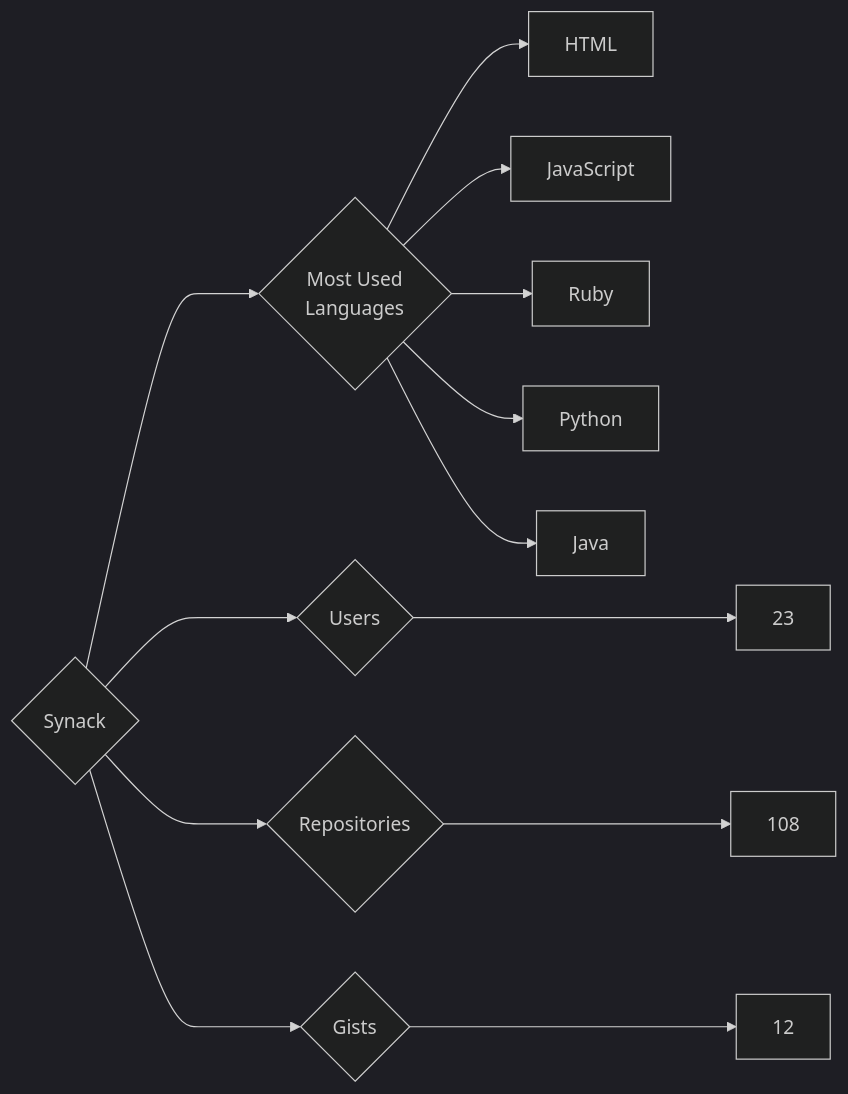
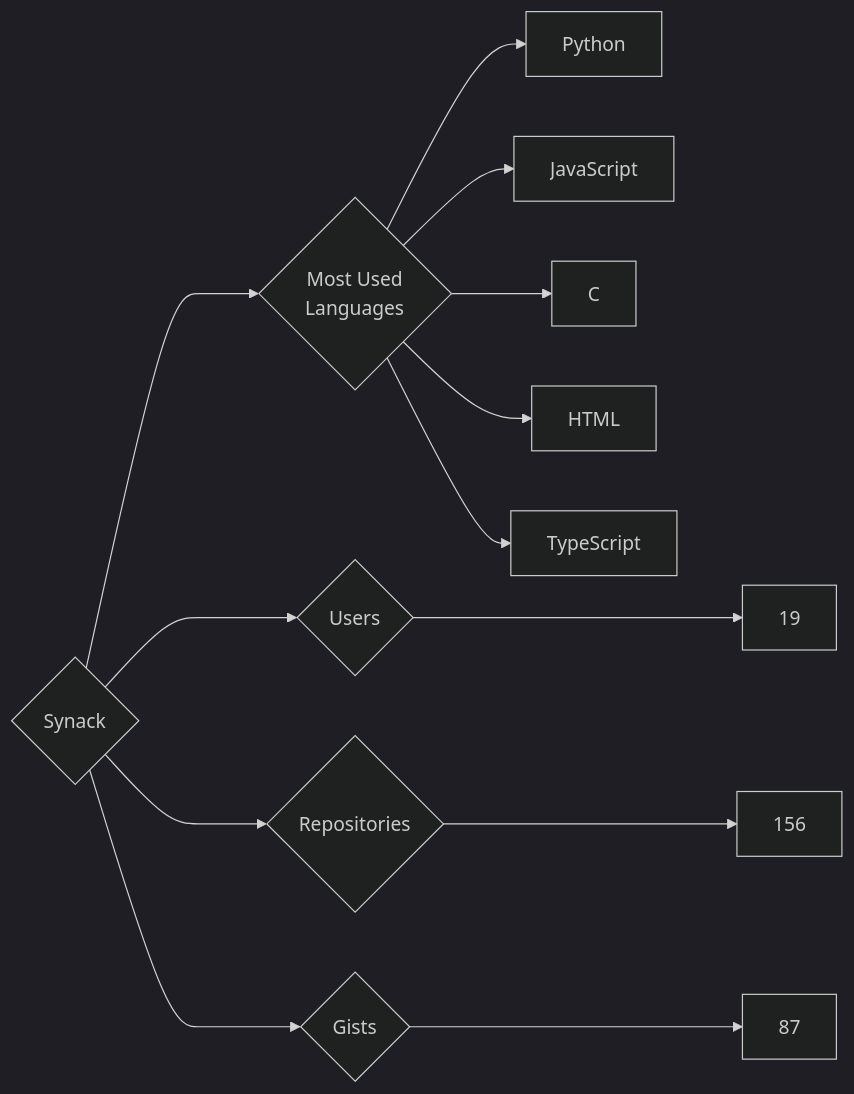
One commit to trickest/insiders changed the diagram in targets/Synack/README.md. Above: the diagram before and after it, drawn with Mermaid (dark theme). The commit also changed 787 other files, not shown here.

````diff
--- a/targets/Synack/README.md
+++ b/targets/Synack/README.md
@@ -3,13 +3,13 @@
 ```mermaid
 graph LR
 COMPANY_NAME{Synack}
-COMPANY_NAME ---> U{Users} ---> UN[23]
-COMPANY_NAME ---> R{Repositories} ---> RN[108]
-COMPANY_NAME ---> G{Gists} ---> GN[12]
+COMPANY_NAME ---> U{Users} ---> UN[19]
+COMPANY_NAME ---> R{Repositories} ---> RN[156]
+COMPANY_NAME ---> G{Gists} ---> GN[87]
 COMPANY_NAME ---> ML{Most Used<br>Languages}
+ML --> Python[Python]
+ML --> JavaScript[JavaScript]
+ML --> C[C]
 ML --> HTML[HTML]
-ML --> JavaScript[JavaScript]
-ML --> Ruby[Ruby]
-ML --> Python[Python]
-ML --> Java[Java]
+ML --> TypeScript[TypeScript]
 ```
````
